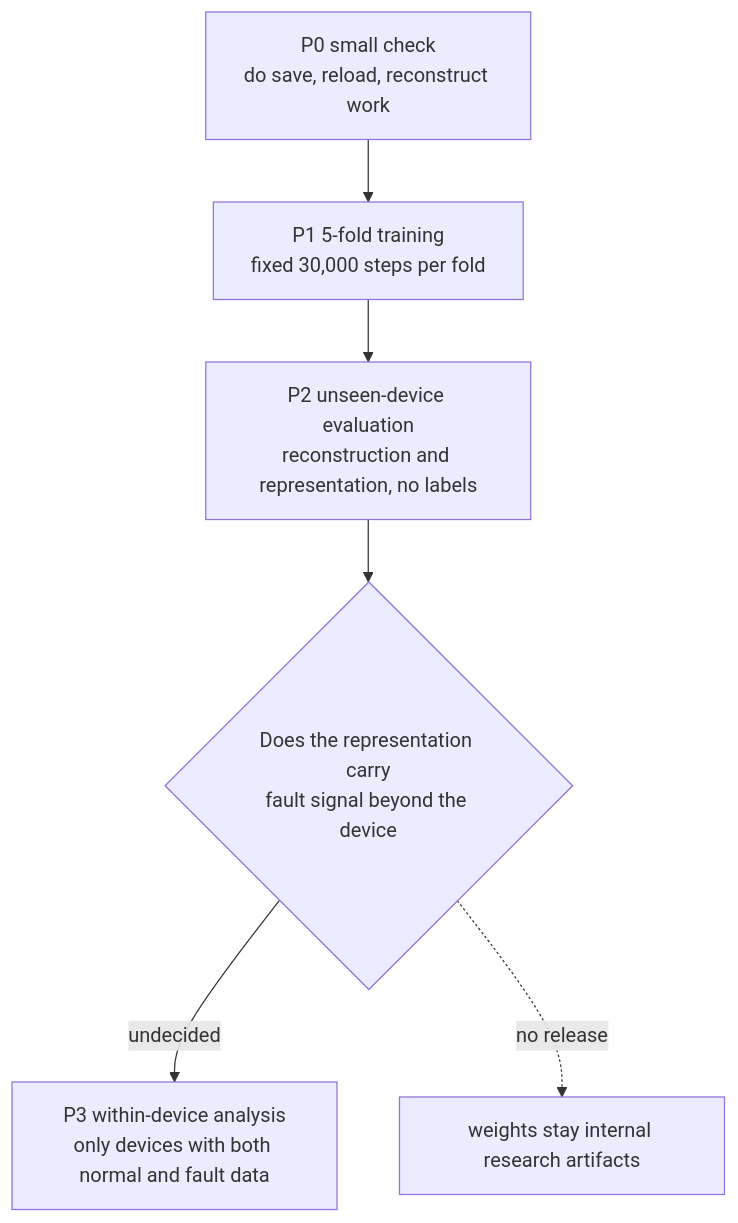
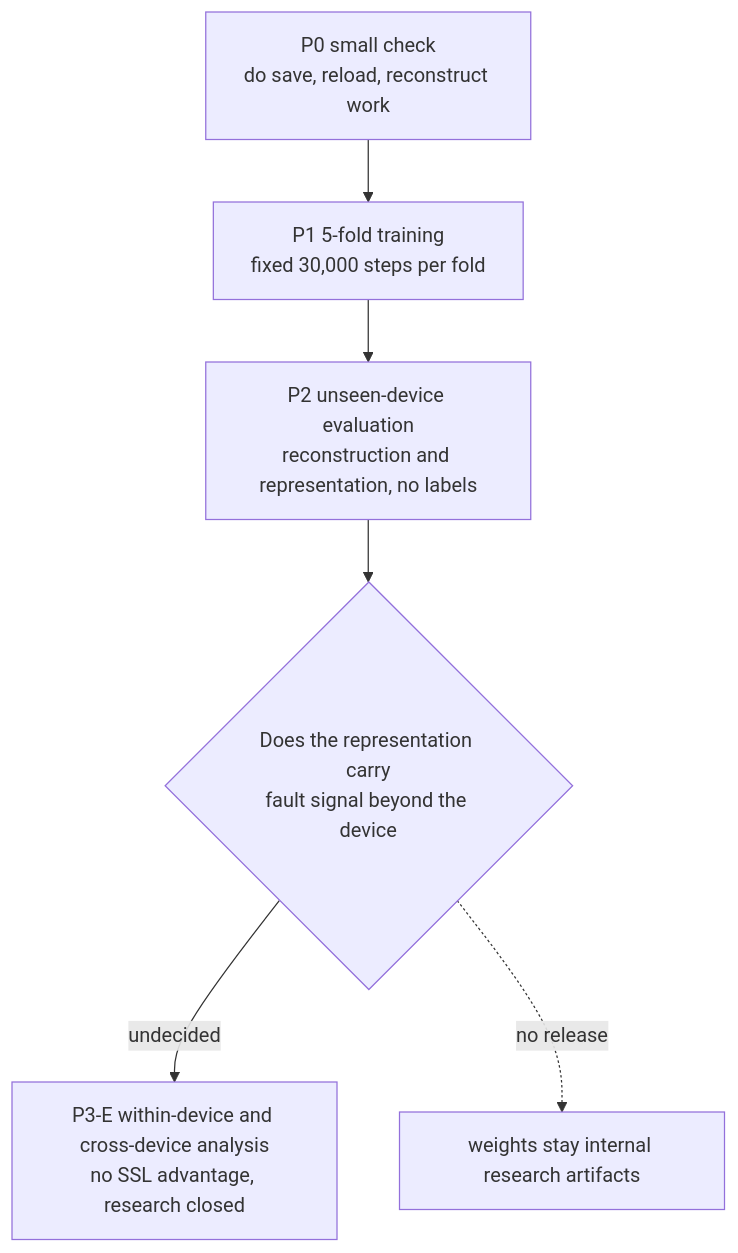
One commit to ThakiCloud/thakicloud.github.io changed the diagram in _posts/en/research/2026-11-08-current-ssl-device-shortcut.md. Above: the diagram before and after it, drawn with Mermaid. The commit also changed other lines of this file and 1 other file, not shown here.

First line of the commit message:
docs: Add P3-E final results to current SSL post

````diff
--- a/_posts/en/research/2026-11-08-current-ssl-device-shortcut.md
+++ b/_posts/en/research/2026-11-08-current-ssl-device-shortcut.md
@@ -51,8 +54,8 @@
 ```mermaid
 flowchart TB
     A["P0 small check<br/>do save, reload, reconstruct work"] --> B["P1 5-fold training<br/>fixed 30,000 steps per fold"]
     B --> C["P2 unseen-device evaluation<br/>reconstruction and representation, no labels"]
     C --> D{"Does the representation carry<br/>fault signal beyond the device"}
-    D -->|"undecided"| E["P3 within-device analysis<br/>only devices with both normal and fault data"]
+    D -->|"undecided"| E["P3-E within-device and cross-device analysis<br/>no SSL advantage, research closed"]
     D -.->|"no release"| F["weights stay internal research artifacts"]
 ```
````
